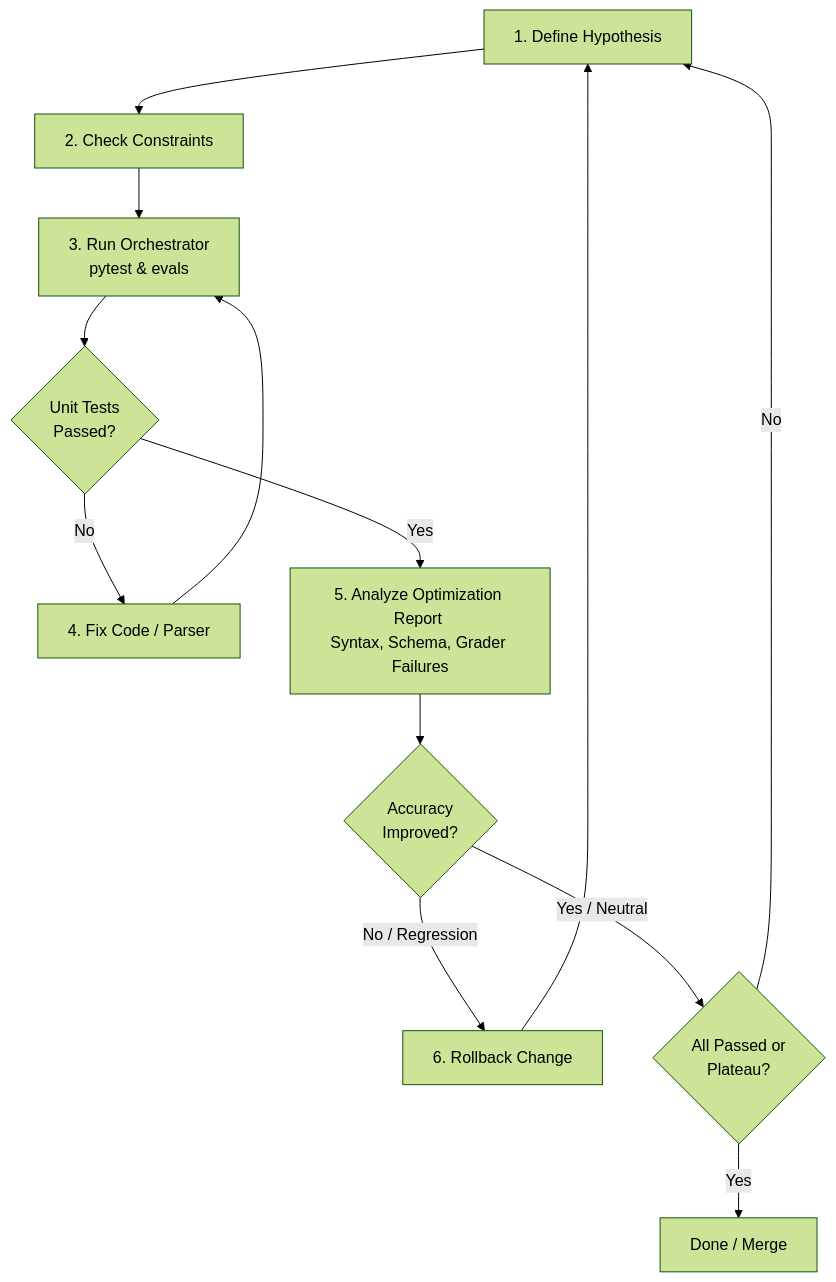
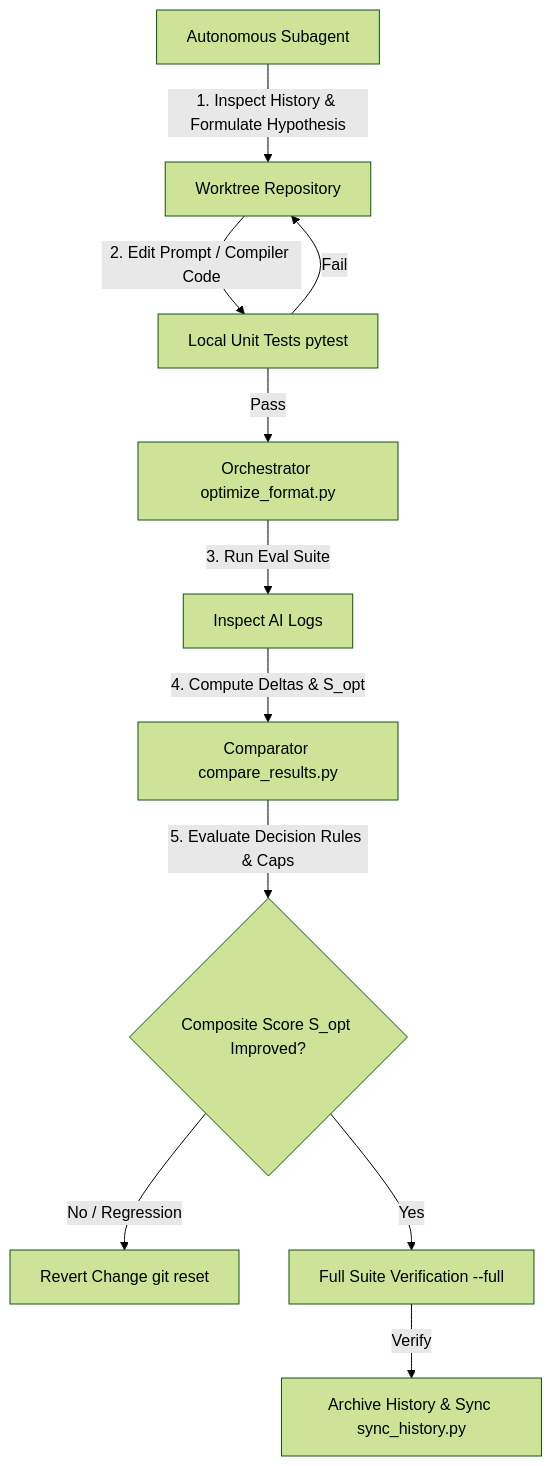
The first of 2 diagrams in eval/iterative/inference_format_iteration.md (gspencergoog/A2UI), drawn with Mermaid (forest theme) before and after one commit. The commit also changed other lines of this file, not shown here.

Commit message:
docs(eval): update inference_format_iteration.md as canonical System Design Document for the framework

````diff
--- a/eval/iterative/inference_format_iteration.md
+++ b/eval/iterative/inference_format_iteration.md
@@ -9,15 +13,13 @@
 ```mermaid
 flowchart TD
-    A[1. Define Hypothesis] --> B[2. Check Constraints]
-    B --> C[3. Run Orchestrator <br>pytest & evals]
-    C --> D{Unit Tests <br>Passed?}
-    D -->|No| E[4. Fix Code / Parser]
-    E --> C
-    D -->|Yes| F[5. Analyze Optimization Report <br>Syntax, Schema, Grader Failures]
-    F --> G{Accuracy <br>Improved?}
-    G -->|No / Regression| H[6. Rollback Change]
-    H --> A
-    G -->|Yes / Neutral| I{All Passed or <br>Plateau?}
-    I -->|No| A
-    I -->|Yes| J[Done / Merge]
+    A[Autonomous Subagent] -->|1. Inspect History & Formulate Hypothesis| B[Worktree Repository]
+    B -->|2. Edit Prompt / Compiler Code| C[Local Unit Tests pytest]
+    C -->|Pass| D[Orchestrator optimize_format.py]
+    C -->|Fail| B
+    D -->|3. Run Eval Suite| E[Inspect AI Logs]
+    E -->|4. Compute Deltas & S_opt| F[Comparator compare_results.py]
+    F -->|5. Evaluate Decision Rules & Caps| G{Composite Score S_opt Improved?}
+    G -->|No / Regression| H[Revert Change git reset]
+    G -->|Yes| I[Full Suite Verification --full]
+    I -->|Verify| J[Archive History & Sync sync_history.py]
 ```
````
